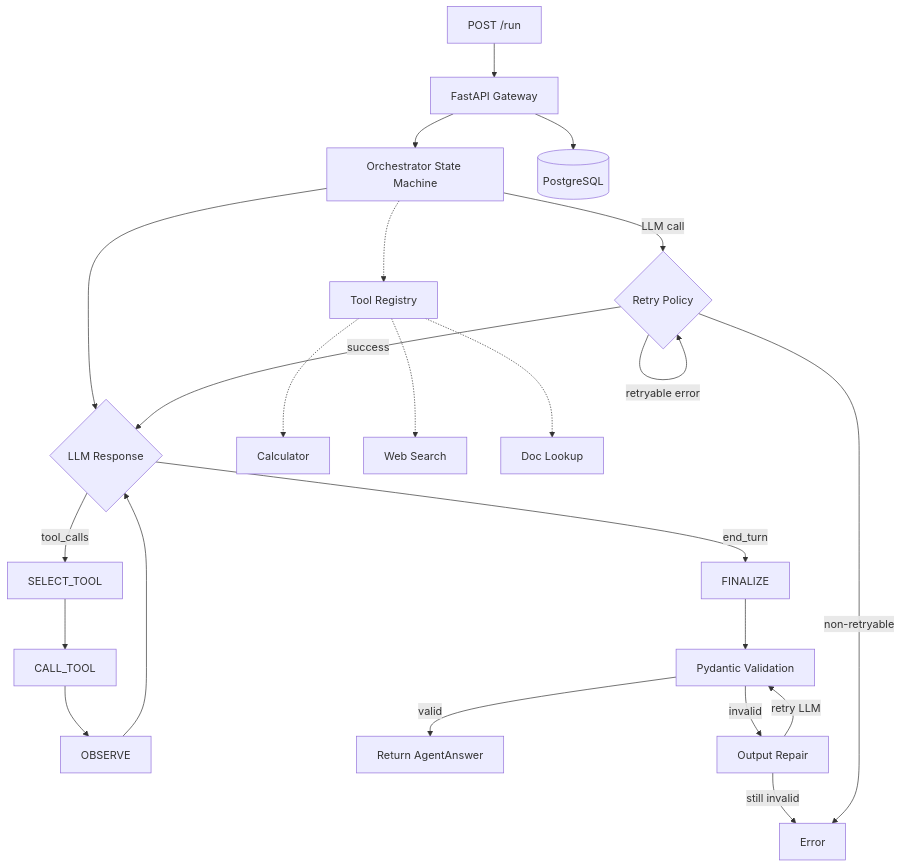
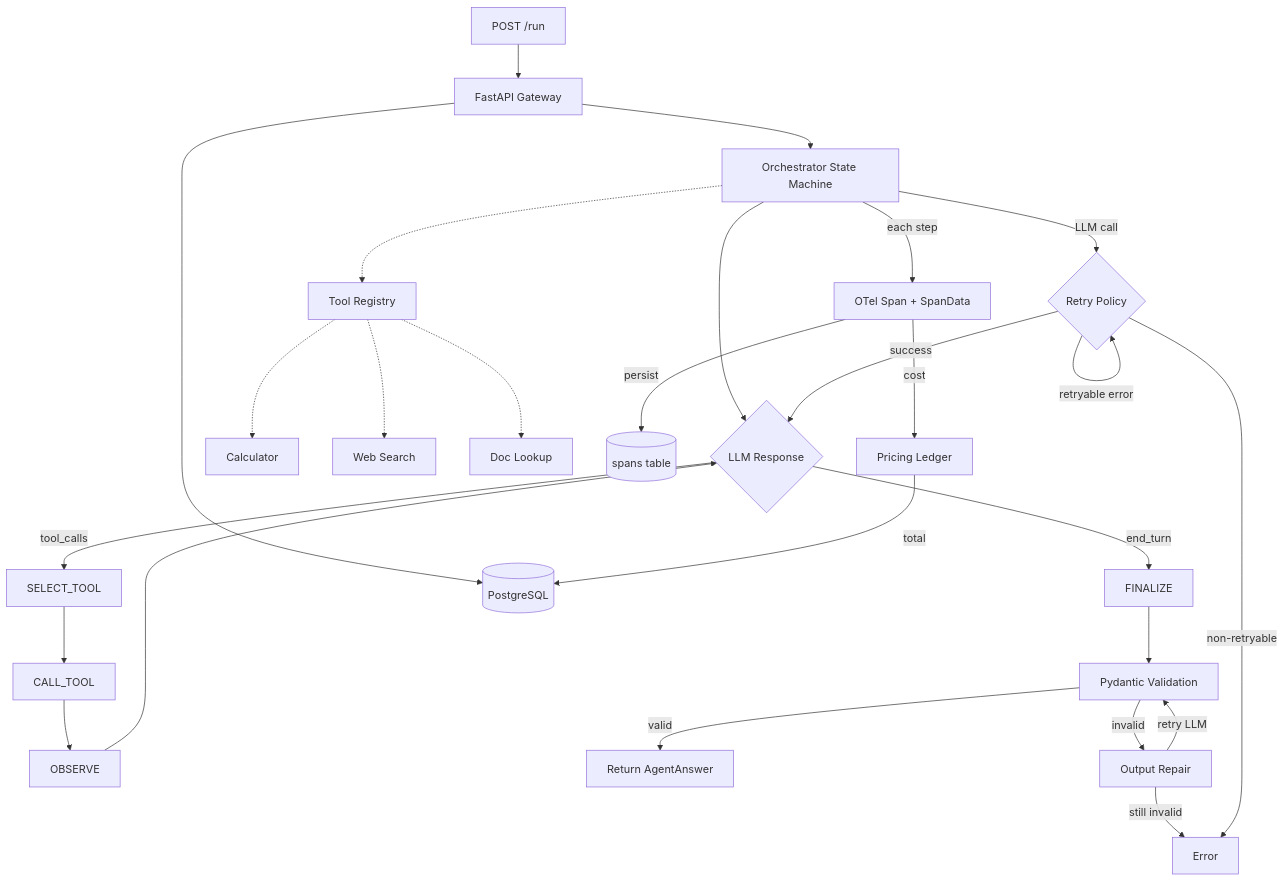
One commit to pranavsharma-dev/agent-platform changed the diagram in docs/ARCHITECTURE.md. Above: the diagram before and after it, drawn with Mermaid. The commit also changed other lines of this file and 16 other files, not shown here.

First line of the commit message:
feat: add per-step tracing and cost ledger (Phase 3)

````diff
--- a/docs/ARCHITECTURE.md
+++ b/docs/ARCHITECTURE.md
@@ -5,27 +5,32 @@
 ```mermaid
 graph TD
     A[POST /run] --> B[FastAPI Gateway]
     B --> C[Orchestrator State Machine]
     C --> D{LLM Response}
     D -->|tool_calls| E[SELECT_TOOL]
     E --> F[CALL_TOOL]
     F --> G[OBSERVE]
     G --> D
     D -->|end_turn| H[FINALIZE]
     H --> I[Pydantic Validation]
     I -->|valid| J[Return AgentAnswer]
     I -->|invalid| K[Output Repair]
     K -->|retry LLM| I
     K -->|still invalid| L[Error]
 
     C -.-> M[Tool Registry]
     M -.-> N[Calculator]
     M -.-> O[Web Search]
     M -.-> P[Doc Lookup]
     B --> Q[(PostgreSQL)]
 
     C -->|LLM call| R{Retry Policy}
     R -->|retryable error| R
     R -->|non-retryable| L
     R -->|success| D
+
+    C -->|each step| S[OTel Span + SpanData]
+    S -->|persist| T[(spans table)]
+    S -->|cost| U[Pricing Ledger]
+    U -->|total| Q
 ```
````
